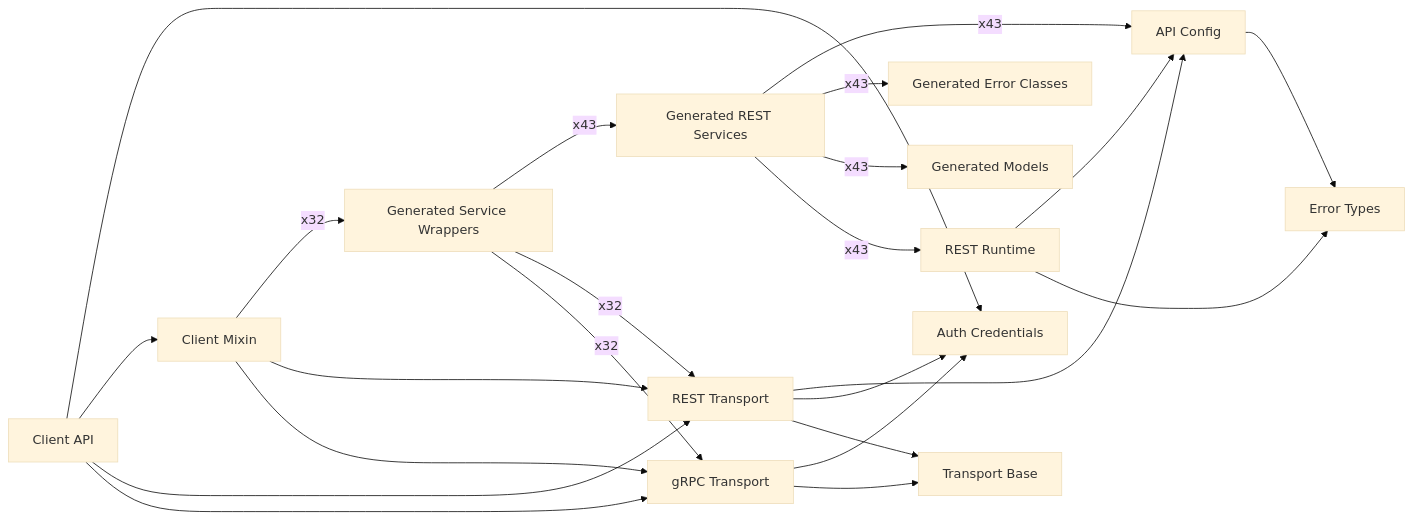
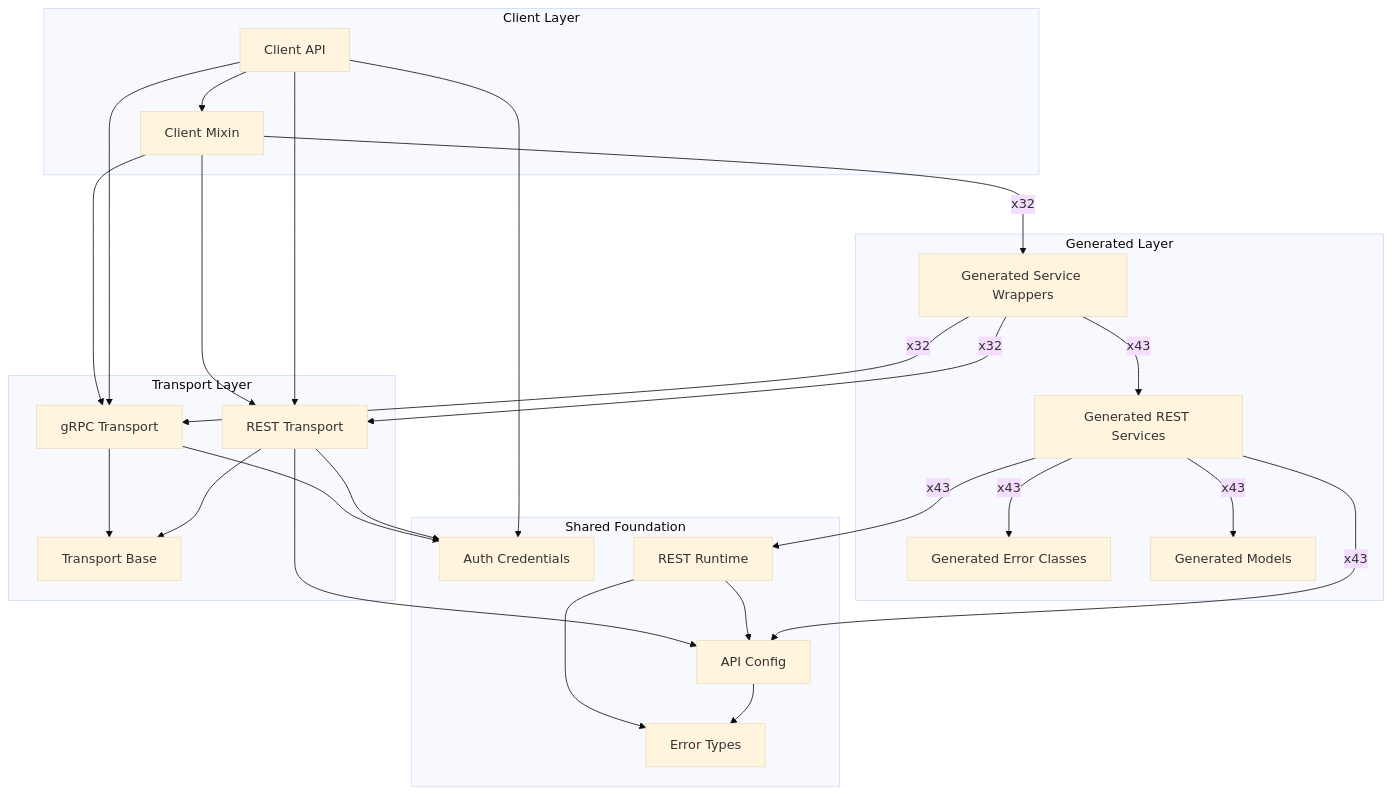
The diagram in docs/sphinx/sdk_runtime_architecture.md (alexdearaujo/community_sdk_python), drawn with Mermaid (base theme) before and after one commit. The commit also changed 2 other files, not shown here.

Commit message:
Architecture diagram: TB layout with 4 subgraphs (Client/Generated/Transport/Foundation)
docs_rendering.py: replaced flat flowchart LR with flowchart TB + four subgraph blocks so related nodes cluster visually. Layer assignments: Client (API + Mixin), Generated (Wrappers + REST Services + Models + Error Classes), Transport (REST + gRPC + Base), Foundation (Runtime + Config + Error Types + Credentials). docs/sphinx/README.md: also switched to graph TD for the simpler directory structure diagram.

````diff
--- a/docs/sphinx/sdk_runtime_architecture.md
+++ b/docs/sphinx/sdk_runtime_architecture.md
@@ -17,39 +17,47 @@
 ```mermaid
-flowchart LR
-    API_Config["API Config"]
-    Auth_Credentials["Auth Credentials"]
-    Client_API["Client API"]
-    Client_Mixin["Client Mixin"]
-    Error_Types["Error Types"]
-    Generated_Error_Classes["Generated Error Classes"]
-    Generated_Models["Generated Models"]
-    Generated_REST_Services["Generated REST Services"]
-    Generated_Service_Wrappers["Generated Service Wrappers"]
-    REST_Runtime["REST Runtime"]
-    REST_Transport["REST Transport"]
-    Transport_Base["Transport Base"]
-    gRPC_Transport["gRPC Transport"]
+flowchart TB
+    subgraph client["Client Layer"]
+        Client_API["Client API"]
+        Client_Mixin["Client Mixin"]
+    end
+    subgraph generated["Generated Layer"]
+        Generated_Error_Classes["Generated Error Classes"]
+        Generated_Models["Generated Models"]
+        Generated_REST_Services["Generated REST Services"]
+        Generated_Service_Wrappers["Generated Service Wrappers"]
+    end
+    subgraph transport["Transport Layer"]
+        REST_Transport["REST Transport"]
+        Transport_Base["Transport Base"]
+        gRPC_Transport["gRPC Transport"]
+    end
+    subgraph foundation["Shared Foundation"]
+        API_Config["API Config"]
+        Auth_Credentials["Auth Credentials"]
+        Error_Types["Error Types"]
+        REST_Runtime["REST Runtime"]
+    end
 
     API_Config --> Error_Types
     Client_API --> Auth_Credentials
     Client_API --> Client_Mixin
     Client_API --> REST_Transport
     Client_API --> gRPC_Transport
     Client_Mixin -->|"x32"| Generated_Service_Wrappers
     Client_Mixin --> REST_Transport
     Client_Mixin --> gRPC_Transport
     Generated_REST_Services -->|"x43"| API_Config
     Generated_REST_Services -->|"x43"| Generated_Error_Classes
     Generated_REST_Services -->|"x43"| Generated_Models
     Generated_REST_Services -->|"x43"| REST_Runtime
     Generated_Service_Wrappers -->|"x43"| Generated_REST_Services
     Generated_Service_Wrappers -->|"x32"| REST_Transport
     Generated_Service_Wrappers -->|"x32"| gRPC_Transport
     REST_Runtime --> API_Config
     REST_Runtime --> Error_Types
     REST_Transport --> API_Config
     REST_Transport --> Auth_Credentials
     REST_Transport --> Transport_Base
     gRPC_Transport --> Auth_Credentials
     gRPC_Transport --> Transport_Base
 ```
````
